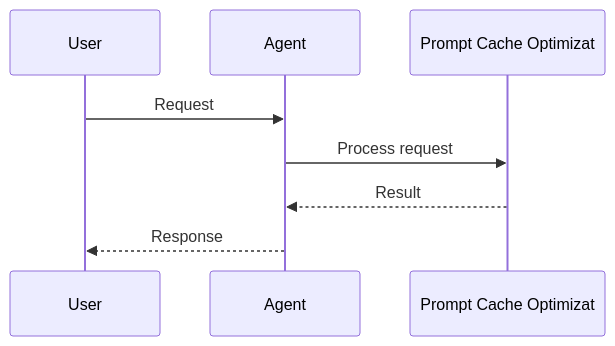
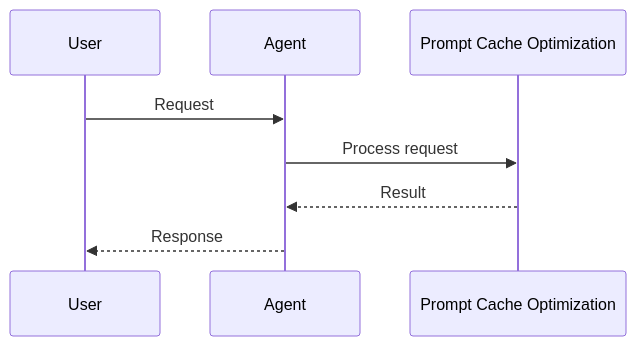
One commit to MervinPraison/PraisonAIDocs changed the third of 3 diagrams in docs/features/prompt-cache-optimization.mdx. Above: the diagram before and after it, drawn with Mermaid. The commit also changed 45 other files, not shown here.

First line of the commit message:
docs: fix truncated Mermaid diagram feature names (22-char cutoff)

````diff
--- a/docs/features/prompt-cache-optimization.mdx
+++ b/docs/features/prompt-cache-optimization.mdx
@@ -110,11 +110,11 @@
 ```mermaid
 sequenceDiagram
     participant User
     participant Agent
-    participant Feature as Prompt Cache Optimizat
+    participant Feature as Prompt Cache Optimization
 
     User->>Agent: Request
     Agent->>Feature: Process request
     Feature-->>Agent: Result
     Agent-->>User: Response
 ```
````
